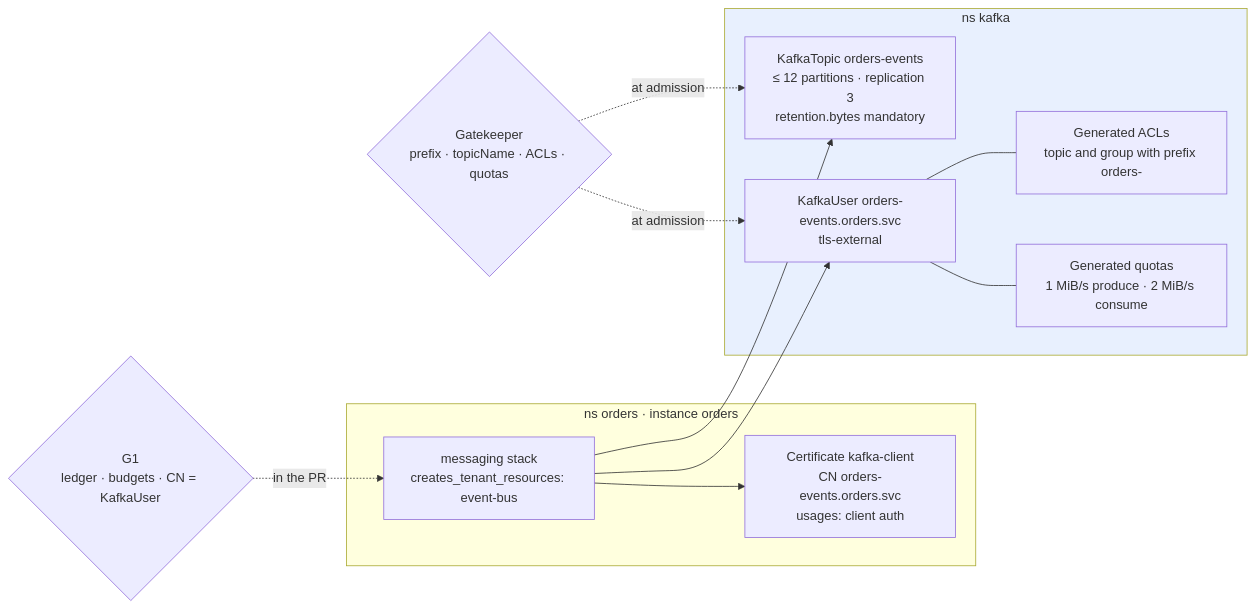
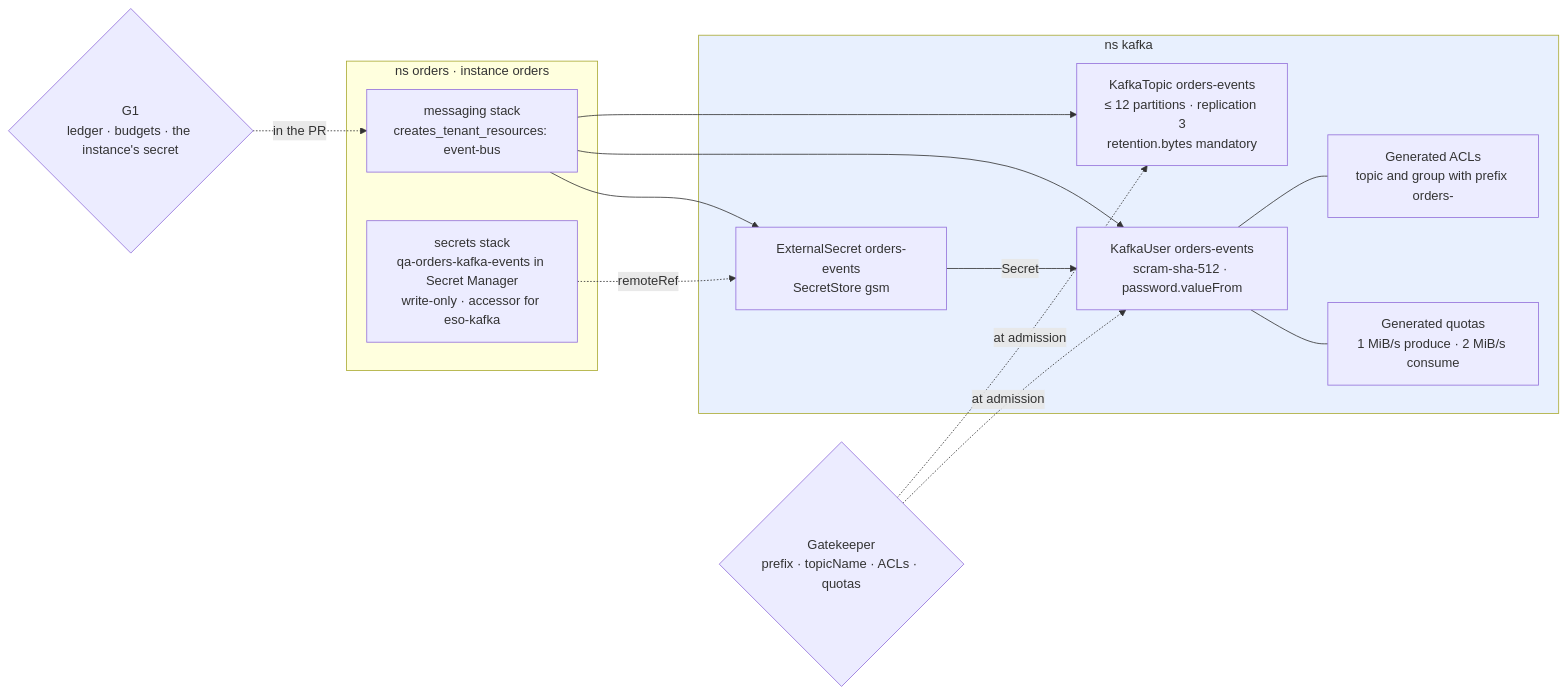
One commit to aescanero/proposal_documents changed the diagram in docs/en/proposals/kafka-qa/diagrams/02-tenencia.mmd. Above: the diagram before and after it, drawn with Mermaid. The commit also changed 27 other files, not shown here.

First line of the commit message:
Move Kafka clients to SCRAM; add the private qa.internal zone and names (en and es)

```diff
--- a/docs/en/proposals/kafka-qa/diagrams/02-tenencia.mmd
+++ b/docs/en/proposals/kafka-qa/diagrams/02-tenencia.mmd
@@ -1,26 +1,29 @@
 flowchart LR
     subgraph ANS["ns orders · instance orders"]
         MS["messaging stack<br/>creates_tenant_resources: event-bus"]
-        CERT["Certificate kafka-client<br/>CN orders-events.orders.svc<br/>usages: client auth"]
+        CERT["secrets stack<br/>qa-orders-kafka-events in Secret Manager<br/>write-only · accessor for eso-kafka"]
     end
 
     subgraph KNS["ns kafka"]
         T["KafkaTopic orders-events<br/>≤ 12 partitions · replication 3<br/>retention.bytes mandatory"]
-        U["KafkaUser orders-events.orders.svc<br/>tls-external"]
+        U["KafkaUser orders-events<br/>scram-sha-512 · password.valueFrom"]
+        ES["ExternalSecret orders-events<br/>SecretStore gsm"]
         ACL["Generated ACLs<br/>topic and group with prefix orders-"]
         Q["Generated quotas<br/>1 MiB/s produce · 2 MiB/s consume"]
     end
 
     GK{"Gatekeeper<br/>prefix · topicName · ACLs · quotas"}
-    G1{"G1<br/>ledger · budgets · CN = KafkaUser"}
+    G1{"G1<br/>ledger · budgets · the instance's secret"}
 
     MS --> T
     MS --> U
-    MS --> CERT
+    CERT -. "remoteRef" .-> ES
+    MS --> ES
+    ES -->|"Secret"| U
     U --- ACL
     U --- Q
     G1 -. "in the PR" .-> MS
     GK -. "at admission" .-> T
     GK -. "at admission" .-> U
 
     style KNS fill:#e8f0fe
```
